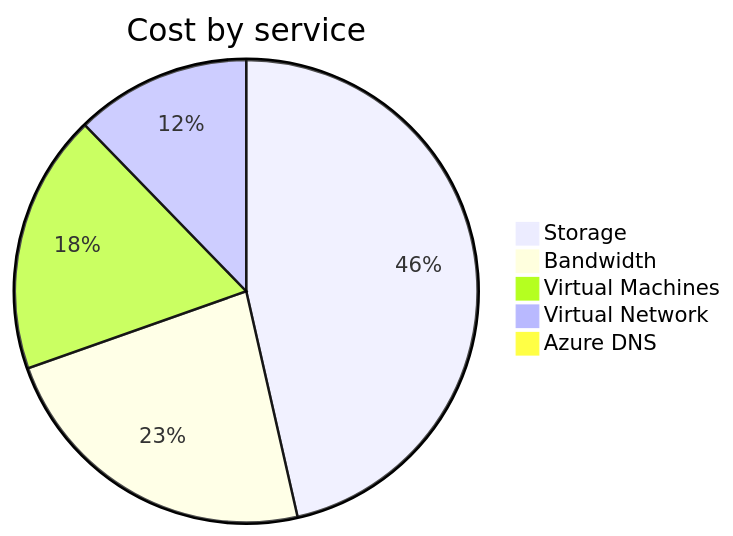
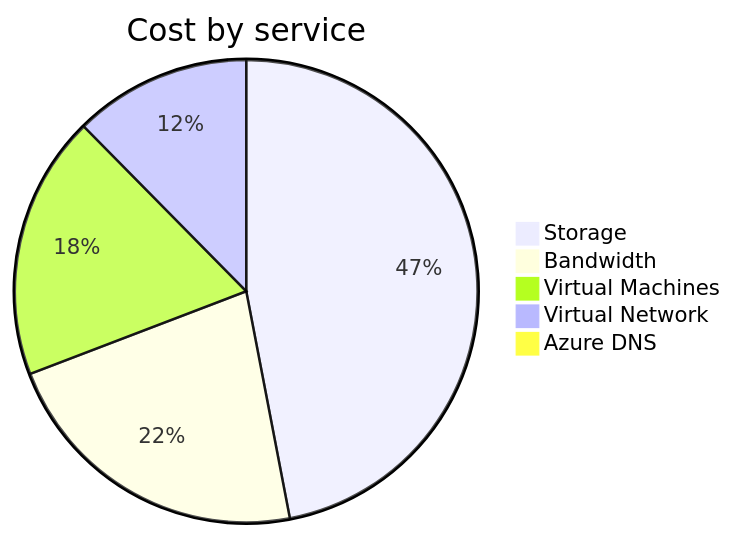
Before and after one commit to jpfulton/azure-personal-reports: the second of 4 diagrams in cost-reports/personal-network/README.md, drawn with Mermaid. The commit also changed other lines of this file and 8 other files, not shown here.

````diff
--- a/cost-reports/personal-network/README.md
+++ b/cost-reports/personal-network/README.md
@@ -95,9 +95,9 @@
 ```mermaid
 pie
    title Cost by service
-   "Storage" : 16.36
+   "Storage" : 17.26
    "Bandwidth" : 8.16
-   "Virtual Machines" : 6.39
-   "Virtual Network" : 4.32
-   "Azure DNS" : 0.29
+   "Virtual Machines" : 6.77
+   "Virtual Network" : 4.55
+   "Azure DNS" : 0.31
 ```
````
